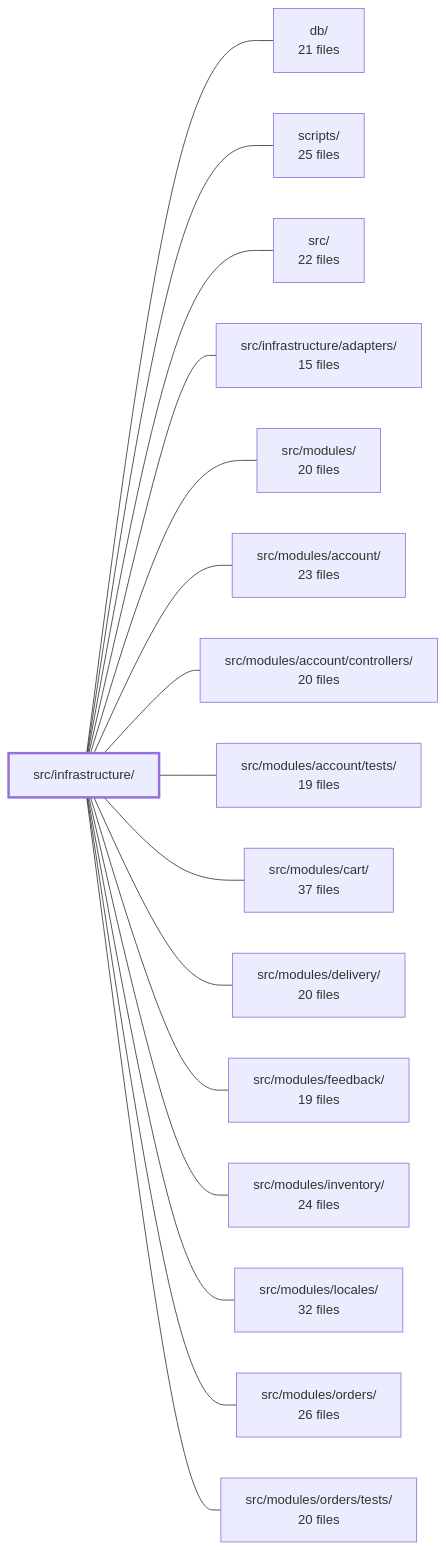
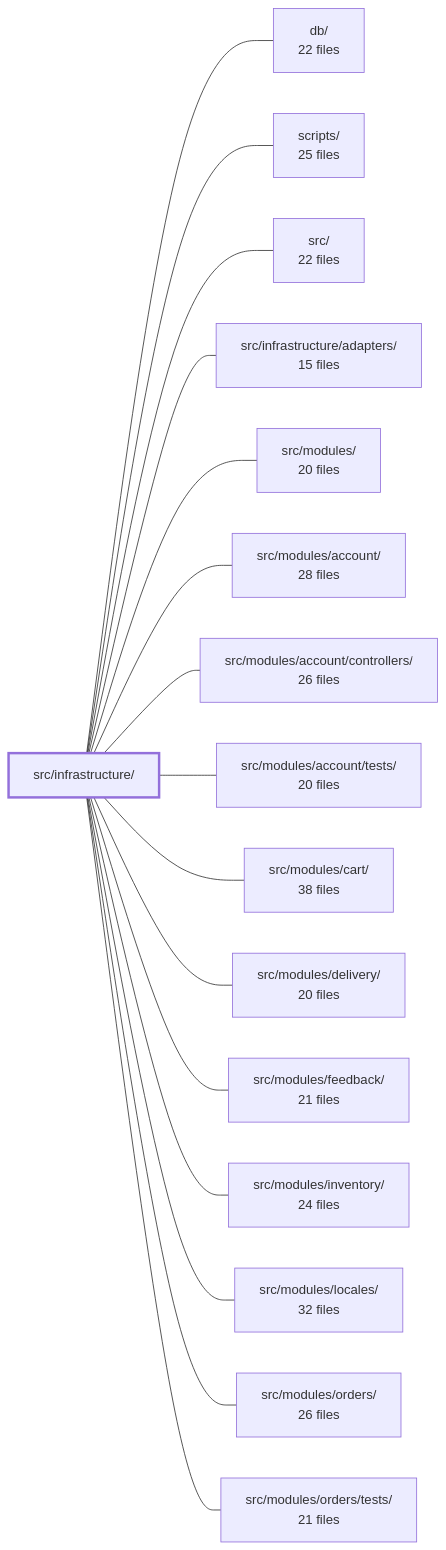
Before and after one commit to Guebbit/boilerplate-node-backend: the diagram in .2repo/modules/boilerplate-node-backend_src_infrastructure.md, drawn with Mermaid. The commit also changed other lines of this file and 302 other files, not shown here.

First line of the commit message:
chore(2repo): refresh repo context, wiki, and architecture snapshots

````diff
--- a/.2repo/modules/boilerplate-node-backend_src_infrastructure.md
+++ b/.2repo/modules/boilerplate-node-backend_src_infrastructure.md
@@ -49,35 +42,35 @@
 ```mermaid
 flowchart LR
     m_src_infrastructure["src/infrastructure/"]
-    m_db["db/<br/>21 files"]
+    m_db["db/<br/>22 files"]
     m_scripts["scripts/<br/>25 files"]
     m_src["src/<br/>22 files"]
     m_src_infrastructure_adapters["src/infrastructure/adapters/<br/>15 files"]
     m_src_modules["src/modules/<br/>20 files"]
-    m_src_modules_account["src/modules/account/<br/>23 files"]
-    m_src_modules_account_controllers["src/modules/account/controllers/<br/>20 files"]
-    m_src_modules_account_tests["src/modules/account/tests/<br/>19 files"]
-    m_src_modules_cart["src/modules/cart/<br/>37 files"]
+    m_src_modules_account["src/modules/account/<br/>28 files"]
+    m_src_modules_account_controllers["src/modules/account/controllers/<br/>26 files"]
+    m_src_modules_account_tests["src/modules/account/tests/<br/>20 files"]
+    m_src_modules_cart["src/modules/cart/<br/>38 files"]
     m_src_modules_delivery["src/modules/delivery/<br/>20 files"]
-    m_src_modules_feedback["src/modules/feedback/<br/>19 files"]
+    m_src_modules_feedback["src/modules/feedback/<br/>21 files"]
     m_src_modules_inventory["src/modules/inventory/<br/>24 files"]
     m_src_modules_locales["src/modules/locales/<br/>32 files"]
     m_src_modules_orders["src/modules/orders/<br/>26 files"]
-    m_src_modules_orders_tests["src/modules/orders/tests/<br/>20 files"]
+    m_src_modules_orders_tests["src/modules/orders/tests/<br/>21 files"]
     m_src_infrastructure --- m_db
     m_src_infrastructure --- m_scripts
     m_src_infrastructure --- m_src
     m_src_infrastructure --- m_src_infrastructure_adapters
     m_src_infrastructure --- m_src_modules
     m_src_infrastructure --- m_src_modules_account
     m_src_infrastructure --- m_src_modules_account_controllers
     m_src_infrastructure --- m_src_modules_account_tests
     m_src_infrastructure --- m_src_modules_cart
     m_src_infrastructure --- m_src_modules_delivery
     m_src_infrastructure --- m_src_modules_feedback
     m_src_infrastructure --- m_src_modules_inventory
     m_src_infrastructure --- m_src_modules_locales
     m_src_infrastructure --- m_src_modules_orders
     m_src_infrastructure --- m_src_modules_orders_tests
     style m_src_infrastructure stroke-width:3px
 ```
````
